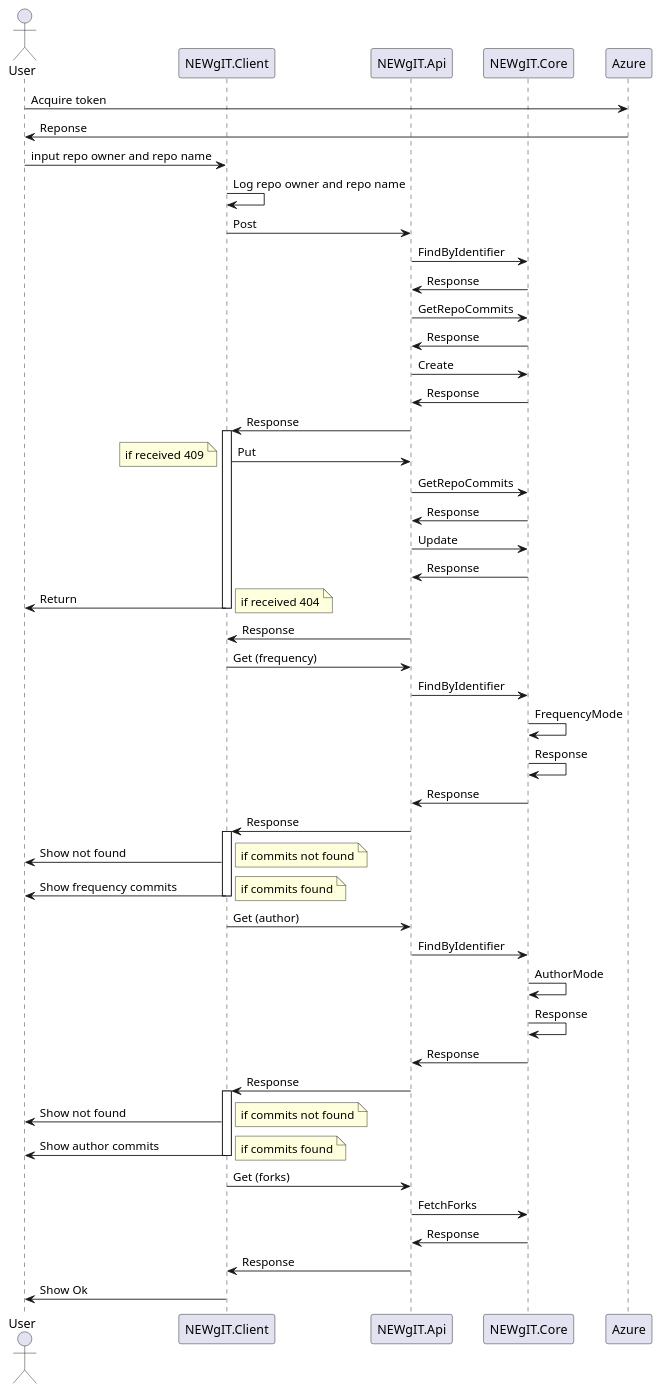
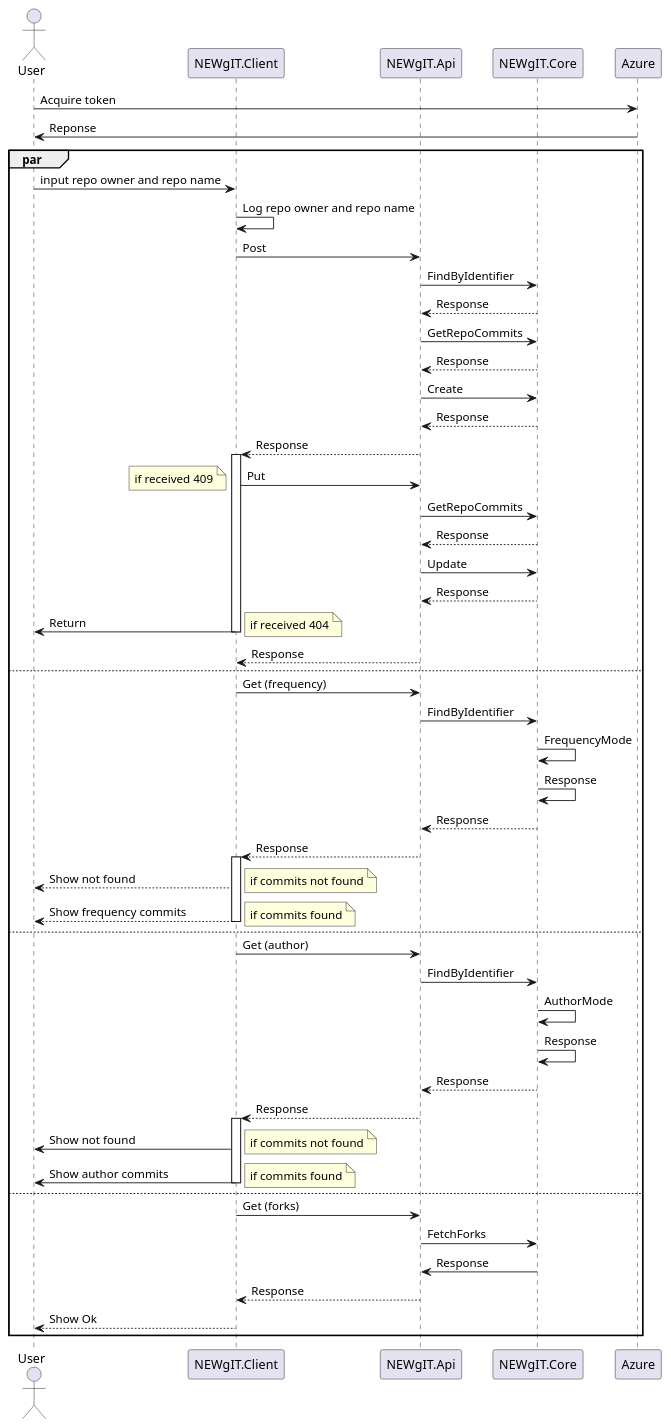
One commit to atro-itu/bdsa-project-newgit changed the third of 3 diagrams in docs/diagrams-code.md. Above: the diagram before and after it, drawn with PlantUML.

Commit message:
show concurrent processes

````diff
--- a/docs/diagrams-code.md
+++ b/docs/diagrams-code.md
@@ -118,32 +118,33 @@
 User <- Azure : Reponse
 
 'Find repo
-
+par
 User -> NEWgIT.Client : input repo owner and repo name
 NEWgIT.Client -> NEWgIT.Client : Log repo owner and repo name
 NEWgIT.Client -> NEWgIT.Api : Post
 NEWgIT.Api -> NEWgIT.Core : FindByIdentifier
-NEWgIT.Api <- NEWgIT.Core : Response
+NEWgIT.Api <-- NEWgIT.Core : Response
 NEWgIT.Api -> NEWgIT.Core : GetRepoCommits
-NEWgIT.Api <- NEWgIT.Core : Response
+NEWgIT.Api <-- NEWgIT.Core : Response
 NEWgIT.Api -> NEWgIT.Core : Create
-NEWgIT.Api <- NEWgIT.Core : Response
-NEWgIT.Client <- NEWgIT.Api : Response
+NEWgIT.Api <-- NEWgIT.Core : Response
+NEWgIT.Client <-- NEWgIT.Api : Response
 activate NEWgIT.Client
 NEWgIT.Client -> NEWgIT.Api : Put
 note left
   if received 409
 end note
 NEWgIT.Api -> NEWgIT.Core : GetRepoCommits
-NEWgIT.Api <-NEWgIT.Core : Response
+NEWgIT.Api <--NEWgIT.Core : Response
 NEWgIT.Api -> NEWgIT.Core : Update
-NEWgIT.Api <- NEWgIT.Core : Response
+NEWgIT.Api <-- NEWgIT.Core : Response
 User <- NEWgIT.Client : Return
 note right
   if received 404
 end note
 deactivate NEWgIT.Client
-NEWgIT.Client <- NEWgIT.Api : Response
+NEWgIT.Client <-- NEWgIT.Api : Response
+else
 
 'Get frequency
 
@@ -151,18 +152,19 @@
 NEWgIT.Api -> NEWgIT.Core : FindByIdentifier
 NEWgIT.Core -> NEWgIT.Core : FrequencyMode
 NEWgIT.Core -> NEWgIT.Core : Response
-NEWgIT.Api <- NEWgIT.Core : Response
-NEWgIT.Client <- NEWgIT.Api : Response
+NEWgIT.Api <-- NEWgIT.Core : Response
+NEWgIT.Client <-- NEWgIT.Api : Response
 activate NEWgIT.Client
-User <- NEWgIT.Client : Show not found
+User <-- NEWgIT.Client : Show not found
 note right
   if commits not found
 end note
-User <- NEWgIT.Client : Show frequency commits
+User <-- NEWgIT.Client : Show frequency commits
 note right
   if commits found
 end note
 deactivate NEWgIT.Client
+else
 
 'Get author
 
@@ -170,8 +172,8 @@
 NEWgIT.Api -> NEWgIT.Core : FindByIdentifier
 NEWgIT.Core -> NEWgIT.Core : AuthorMode
 NEWgIT.Core -> NEWgIT.Core : Response
-NEWgIT.Api <- NEWgIT.Core : Response
-NEWgIT.Client <- NEWgIT.Api : Response
+NEWgIT.Api <-- NEWgIT.Core : Response
+NEWgIT.Client <-- NEWgIT.Api : Response
 activate NEWgIT.Client
 User <- NEWgIT.Client : Show not found
 note right
@@ -182,14 +184,16 @@
   if commits found
 end note
 deactivate NEWgIT.Client
+else 
 
 'Get forks
 
 NEWgIT.Client -> NEWgIT.Api : Get (forks)
 NEWgIT.Api -> NEWgIT.Core : FetchForks
 NEWgIT.Api <- NEWgIT.Core : Response
-NEWgIT.Client <- NEWgIT.Api : Response
-User <- NEWgIT.Client : Show Ok
+NEWgIT.Client <-- NEWgIT.Api : Response
+User <-- NEWgIT.Client : Show Ok
+end
 
 @enduml
 ```
````
